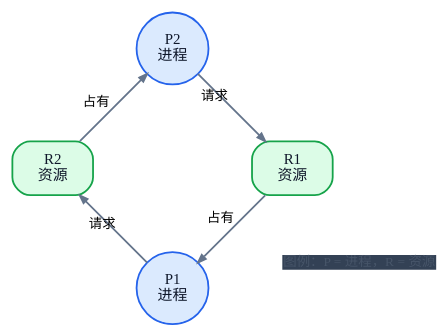
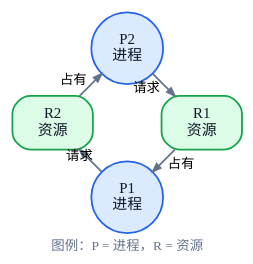
One commit to 74262195/system-architect-notes changed the diagram in 01_综合知识/01_计算机基础知识/02_操作系统/死锁与银行家算法.md. Above: the diagram before and after it, drawn with Graphviz.

Commit message:
修正死锁图例渲染样式

````diff
--- a/01_综合知识/01_计算机基础知识/02_操作系统/死锁与银行家算法.md
+++ b/01_综合知识/01_计算机基础知识/02_操作系统/死锁与银行家算法.md
@@ -93,19 +93,18 @@
 ```dot
 digraph ResourceAllocationGraph {
-  graph [layout=circo, bgcolor="transparent", pad=0.05, margin=0, nodesep=0.15, overlap=false, ratio=compress]
+  graph [layout=circo, bgcolor="transparent", pad=0.05, margin=0, nodesep=0.15, overlap=false, ratio=compress, labelloc=b, label="图例：P = 进程，R = 资源", fontname="PingFang SC", fontsize=9, fontcolor="#64748B"]
   node [fontname="PingFang SC", fontsize=10, style="filled", penwidth=1.2, color="#334155", fontcolor="#0F172A", margin="0.1,0.06"]
   edge [fontname="PingFang SC", fontsize=9, color="#64748B", penwidth=1.2, arrowsize=0.55]
 
   P1 [label="P1\n进程", shape=circle, fillcolor="#DBEAFE", color="#2563EB"]
   P2 [label="P2\n进程", shape=circle, fillcolor="#DBEAFE", color="#2563EB"]
   R1 [label="R1\n资源", shape=box, style="rounded,filled", fillcolor="#DCFCE7", color="#16A34A"]
   R2 [label="R2\n资源", shape=box, style="rounded,filled", fillcolor="#DCFCE7", color="#16A34A"]
 
   P1 -> R2 [label="请求"]
   R2 -> P2 [label="占有"]
   P2 -> R1 [label="请求"]
   R1 -> P1 [label="占有"]
 
-  legend [label="图例：P = 进程，R = 资源", shape=plain, fontname="PingFang SC", fontsize=9, fontcolor="#475569"]
 }
 ```
````
